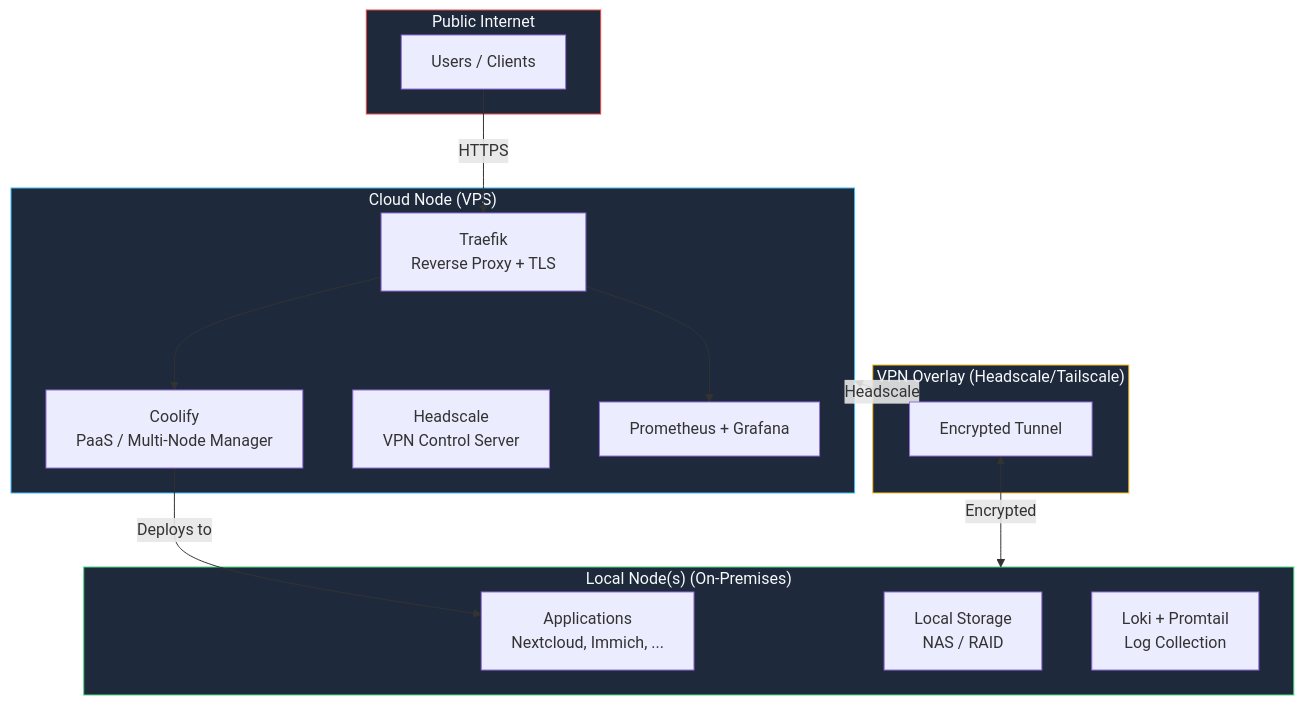
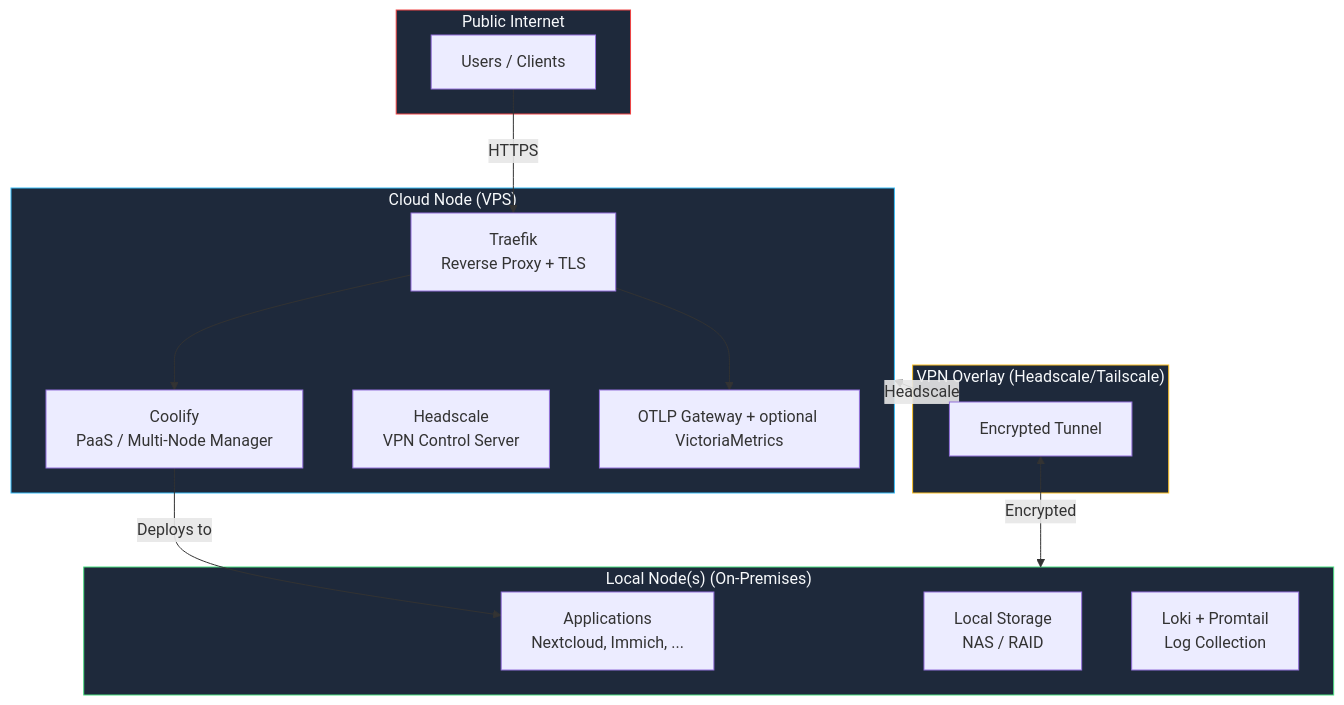
Before and after one commit to KombiverseLabs/docs: the first of 3 diagrams in stackkits/kits/modern-homelab.mdx, drawn with Mermaid. The commit also changed other lines of this file and 63 other files, not shown here.

````diff
--- a/stackkits/kits/modern-homelab.mdx
+++ b/stackkits/kits/modern-homelab.mdx
@@ -17,35 +17,35 @@
 ```mermaid
 graph TB
     subgraph Internet["Public Internet"]
         Users["Users / Clients"]
     end
 
     subgraph Cloud["Cloud Node (VPS)"]
         Traefik["Traefik<br/>Reverse Proxy + TLS"]
         Coolify["Coolify<br/>PaaS / Multi-Node Manager"]
         Headscale["Headscale<br/>VPN Control Server"]
-        MonCloud["Prometheus + Grafana"]
+        MonCloud["OTLP Gateway + optional VictoriaMetrics"]
     end
 
     subgraph VPN["VPN Overlay (Headscale/Tailscale)"]
         Tunnel["Encrypted Tunnel"]
     end
 
     subgraph Local["Local Node(s) (On-Premises)"]
         Apps["Applications<br/>Nextcloud, Immich, ..."]
         Storage["Local Storage<br/>NAS / RAID"]
         Loki["Loki + Promtail<br/>Log Collection"]
     end
 
     Users -->|HTTPS| Traefik
     Traefik --> Coolify
     Traefik --> MonCloud
     Cloud <-->|Headscale| Tunnel
     Tunnel <-->|Encrypted| Local
     Coolify -->|Deploys to| Apps
 
     style Internet fill:#1e293b,stroke:#ef4444,color:#f8fafc
     style Cloud fill:#1e293b,stroke:#38bdf8,color:#f8fafc
     style VPN fill:#1e293b,stroke:#fbbf24,color:#f8fafc
     style Local fill:#1e293b,stroke:#4ade80,color:#f8fafc
 ```
````
